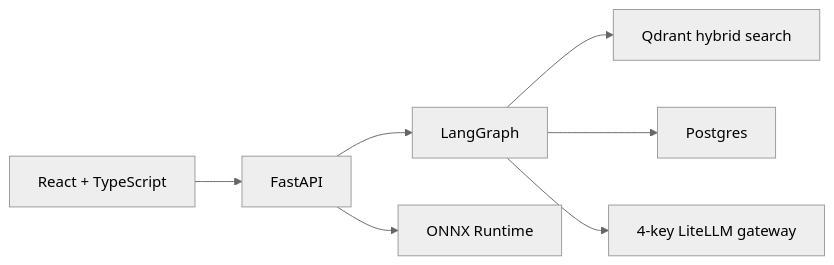
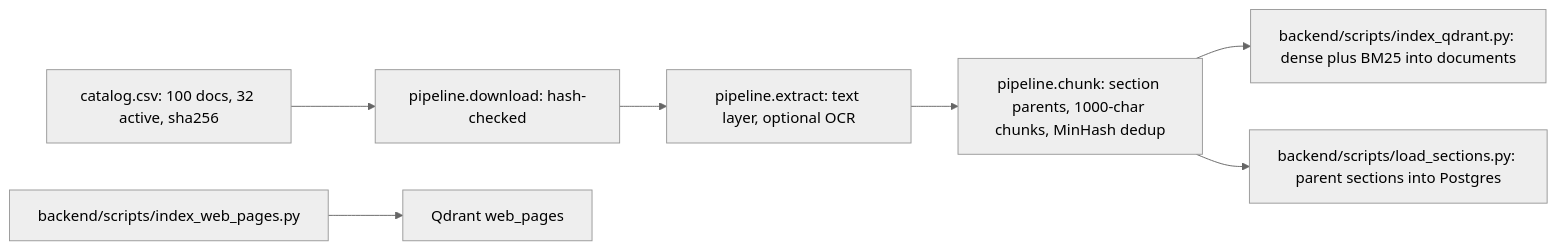
One commit to kasaam-ali/DaleelAI changed the first of 2 diagrams in README.md. Above: the diagram before and after it, drawn with Mermaid (neutral theme). The commit also changed other lines of this file and 6 other files, not shown here.

````diff
--- a/README.md
+++ b/README.md
@@ -21,9 +70,9 @@
 ```mermaid
 flowchart LR
-  UI["React + TypeScript"] --> API["FastAPI"]
-  API --> Graph["LangGraph"]
-  API --> ONNX["ONNX Runtime"]
-  Graph --> Qdrant["Qdrant hybrid search"]
-  Graph --> PG["Postgres"]
-  Graph --> LLM["4-key LiteLLM gateway"]
+  CAT["catalog.csv: 100 docs, 32 active, sha256"] --> DL["pipeline.download: hash-checked"]
+  DL --> EX["pipeline.extract: text layer, optional OCR"]
+  EX --> CH["pipeline.chunk: section parents, 1000-char chunks, MinHash dedup"]
+  CH --> QD["backend/scripts/index_qdrant.py: dense plus BM25 into documents"]
+  CH --> PG["backend/scripts/load_sections.py: parent sections into Postgres"]
+  WEB["backend/scripts/index_web_pages.py"] --> QW["Qdrant web_pages"]
 ```
````
